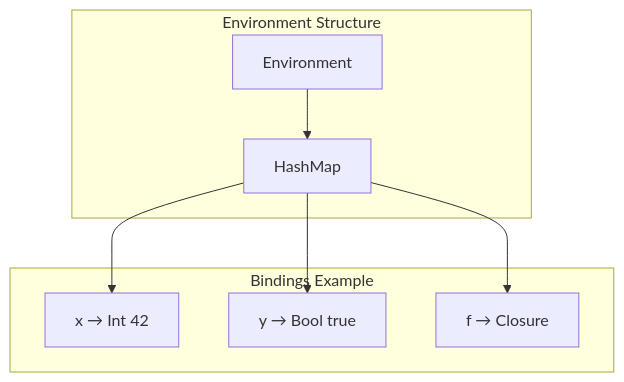
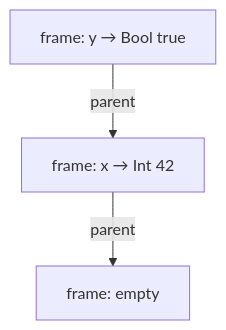
Before and after one commit to vansweej/parlang: the third of 10 diagrams in docs/MODULE_EVAL.md, drawn with Mermaid. The commit also changed other lines of this file, not shown here.

First line of the commit message:
docs: correct Environment Management structure, operations, and add merge in MODULE_EVAL.md

````diff
--- a/docs/MODULE_EVAL.md
+++ b/docs/MODULE_EVAL.md
@@ -210,14 +211,5 @@
 ```mermaid
 graph TD
-    subgraph "Environment Structure"
-        ENV[Environment]
-        BINDINGS[HashMap<String, Value>]
-        ENV --> BINDINGS
-    end
-    
-    subgraph "Bindings Example"
-        BINDINGS --> X[x → Int 42]
-        BINDINGS --> Y[y → Bool true]
-        BINDINGS --> F[f → Closure]
-    end
+    F2[frame: y → Bool true] -->|parent| F1[frame: x → Int 42]
+    F1 -->|parent| F0[frame: empty]
 ```
````
